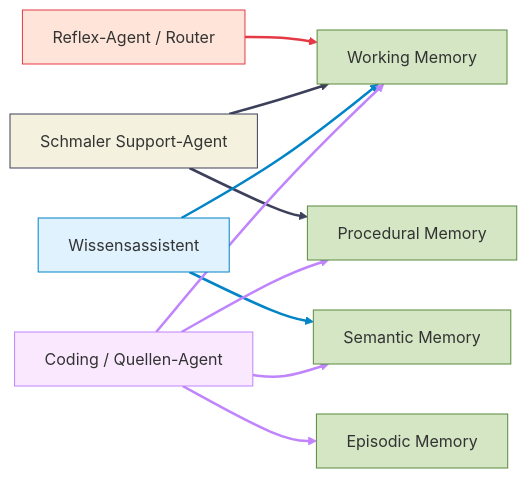
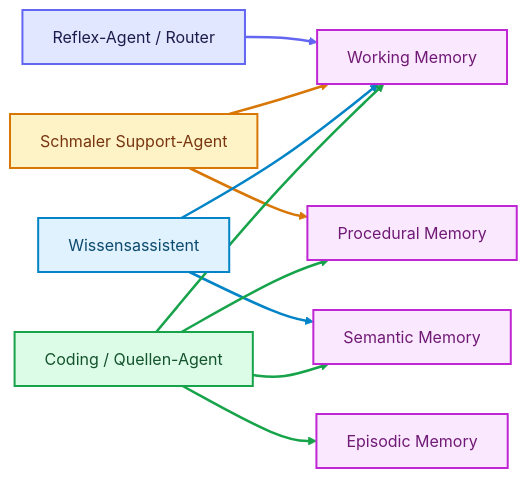
One commit to ralf-42/Agenten changed the second of 7 diagrams in docs/04-agenten-implementierung/ablauf-zustand/memory-systeme.md. Above: the diagram before and after it, drawn with Mermaid. The commit also changed 15 other files, not shown here.

````diff
--- a/docs/04-agenten-implementierung/ablauf-zustand/memory-systeme.md
+++ b/docs/04-agenten-implementierung/ablauf-zustand/memory-systeme.md
@@ -100,35 +100,33 @@
 ```mermaid
 flowchart LR
 
-%% Speicher-Klassen (Einheitlich Olivgrün)
-classDef memType fill:#d4e6c3,stroke:#5a8a3d
-
-%% Kontrastreiche Agenten-Klassen
-classDef router fill:#ffe5d9,stroke:#e63946
-classDef support fill:#f4f1de,stroke:#3d405b
-classDef knowledge fill:#e0f2fe,stroke:#0284c7
-classDef coding fill:#fae8ff,stroke:#c084fc
+%% Agenten-Klassen (Palette: input/metric/default/output) und Speicher (target)
+classDef default fill:#e0f2fe,stroke:#0284c7,stroke-width:2px,color:#0c4a6e;
+classDef input fill:#e0e7ff,stroke:#6366f1,stroke-width:2px,color:#1e1b4b;
+classDef metric fill:#fef3c7,stroke:#d97706,stroke-width:2px,color:#78350f;
+classDef output fill:#dcfce7,stroke:#16a34a,stroke-width:2px,color:#14532d;
+classDef target fill:#fae8ff,stroke:#c026d3,stroke-width:2px,color:#701a75;
 
 %% Diagramm-Struktur
-R["Reflex-Agent / Router"]:::router --> WM
-SA["Schmaler Support-Agent"]:::support --> WM
+R["Reflex-Agent / Router"]:::input --> WM
+SA["Schmaler Support-Agent"]:::metric --> WM
 SA --> PM
-WA["Wissensassistent"]:::knowledge --> WM
+WA["Wissensassistent"]:::default --> WM
 WA --> SM
-CA["Coding / Quellen-Agent"]:::coding --> WM
+CA["Coding / Quellen-Agent"]:::output --> WM
 CA --> SM
 CA --> PM
 CA --> EM
 
 %% Speicher-Knoten
-WM["Working Memory"]:::memType
-SM["Semantic Memory"]:::memType
-PM["Procedural Memory"]:::memType
-EM["Episodic Memory"]:::memType
+WM["Working Memory"]:::target
+SM["Semantic Memory"]:::target
+PM["Procedural Memory"]:::target
+EM["Episodic Memory"]:::target
 
 %% Pfeil-Colorierung (Farblich exakt an die Agenten-Rahmen angepasst)
-linkStyle 0 stroke:#e63946,stroke-width:2.5px;
-linkStyle 1,2 stroke:#3d405b,stroke-width:2.5px;
+linkStyle 0 stroke:#6366f1,stroke-width:2.5px;
+linkStyle 1,2 stroke:#d97706,stroke-width:2.5px;
 linkStyle 3,4 stroke:#0284c7,stroke-width:2.5px;
-linkStyle 5,6,7,8 stroke:#c084fc,stroke-width:2.5px;
+linkStyle 5,6,7,8 stroke:#16a34a,stroke-width:2.5px;
 ```
````
